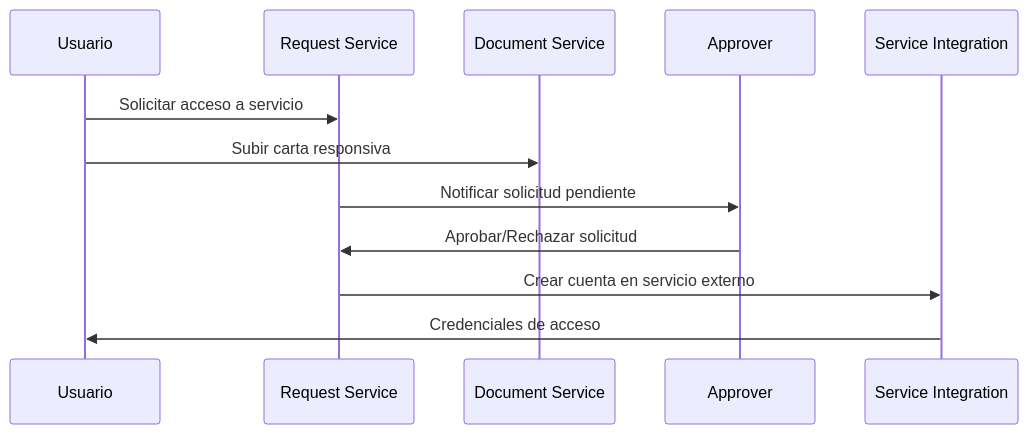
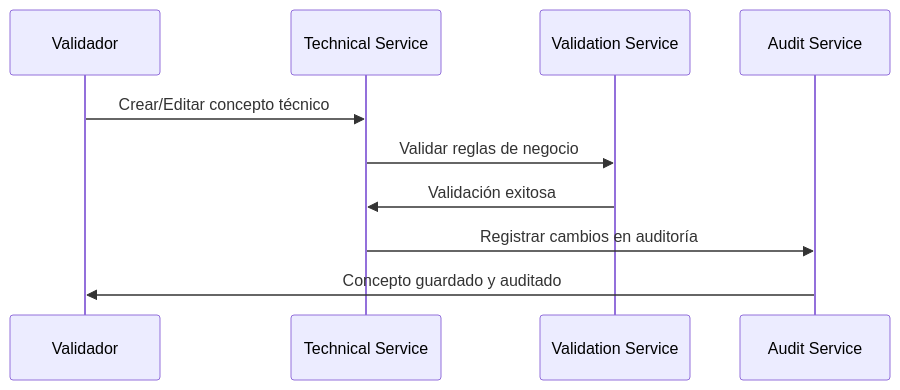
The second of 2 diagrams in README.md (juanros13/catalogo-conceptos), drawn with Mermaid before and after one commit. The commit also changed other lines of this file, not shown here.

First line of the commit message:
Update README: Transform from access system to CUBS technical concepts catalog

````diff
--- a/README.md
+++ b/README.md
@@ -63,15 +60,13 @@
 ```mermaid
 sequenceDiagram
-    participant U as Usuario
-    participant R as Request Service
-    participant D as Document Service
-    participant A as Approver
-    participant S as Service Integration
+    participant U as Validador
+    participant T as Technical Service
+    participant V as Validation Service
+    participant A as Audit Service
     
-    U->>R: Solicitar acceso a servicio
-    U->>D: Subir carta responsiva
-    R->>A: Notificar solicitud pendiente
-    A->>R: Aprobar/Rechazar solicitud
-    R->>S: Crear cuenta en servicio externo
-    S->>U: Credenciales de acceso
+    U->>T: Crear/Editar concepto técnico
+    T->>V: Validar reglas de negocio
+    V->>T: Validación exitosa
+    T->>A: Registrar cambios en auditoría
+    A->>U: Concepto guardado y auditado
 ```
````
